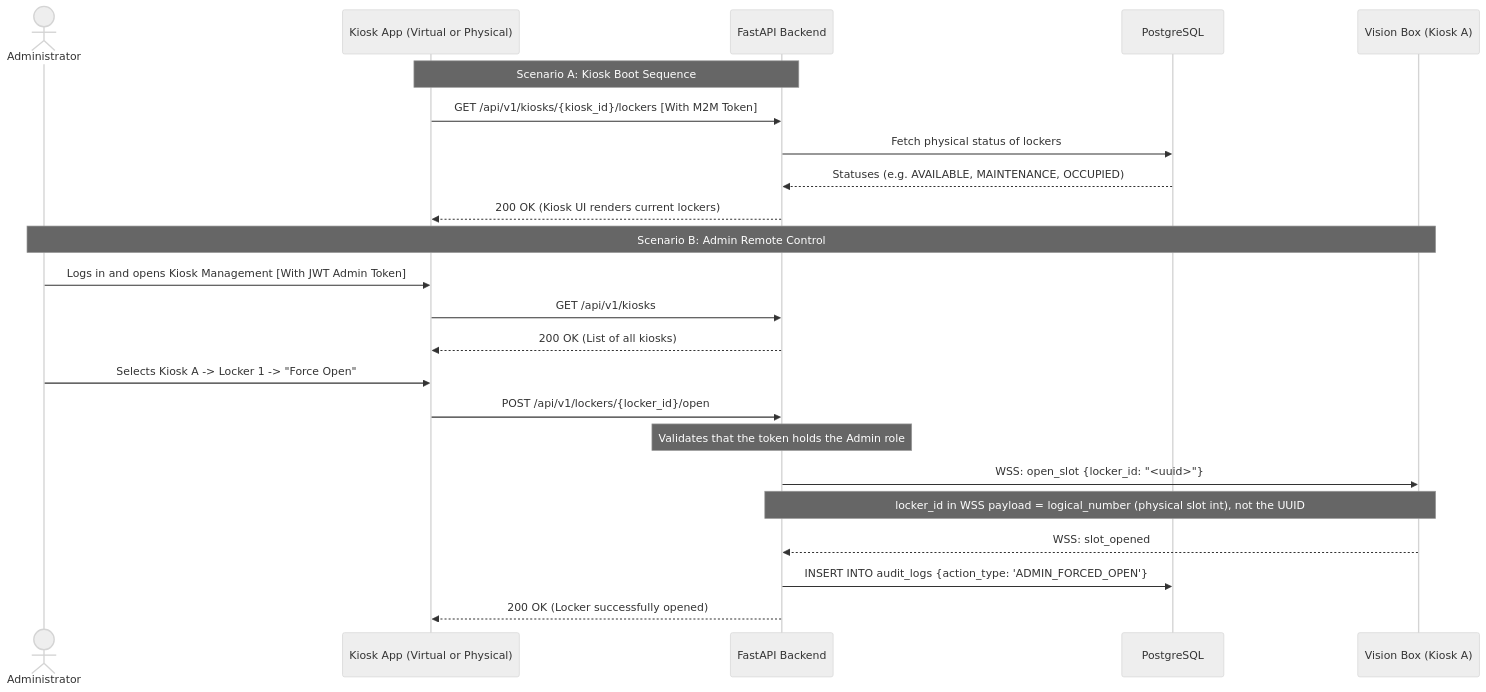
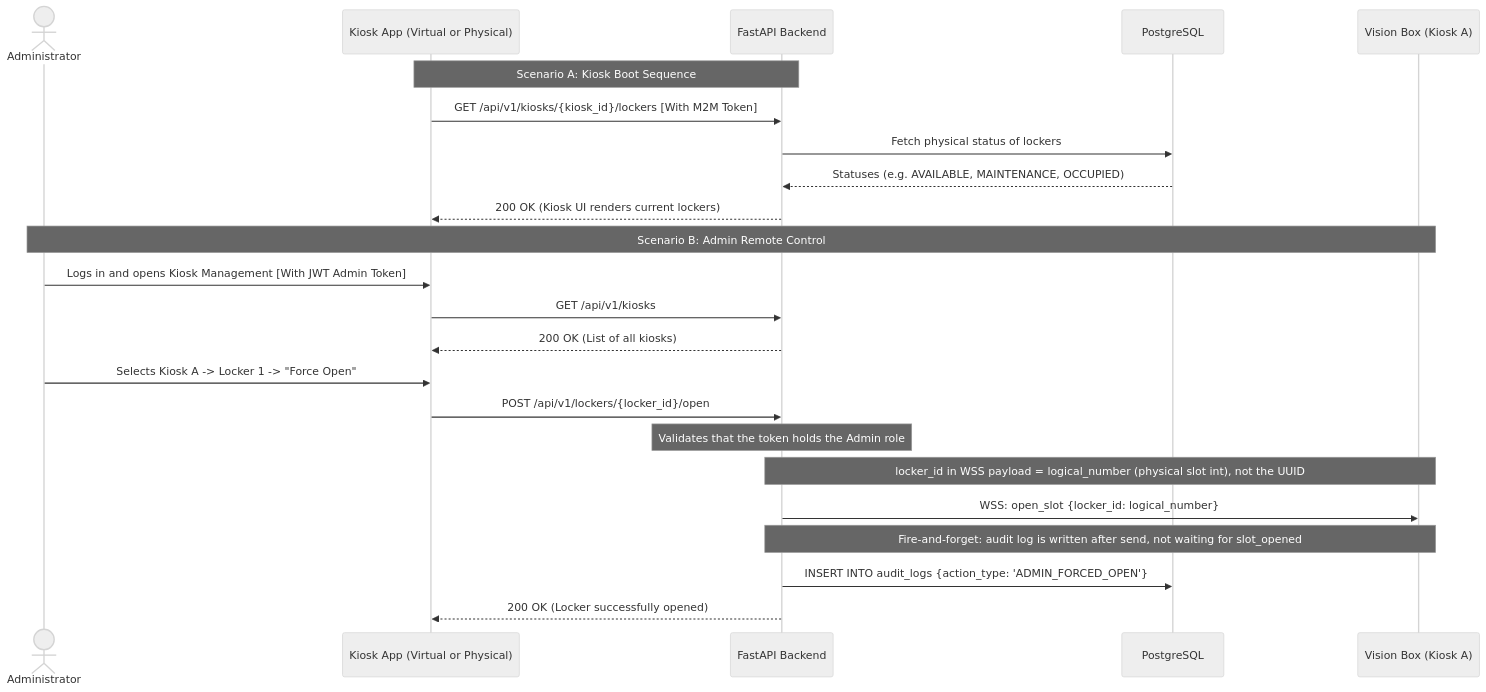
Before and after one commit to easylend-practice-enterprise/easylend: the diagram in docs/diagrams/sequence_admin_sync.mmd, drawn with Mermaid (neutral theme). The commit also changed 1 other file, not shown here.

Commit message:
docs: align sequence diagrams with actual code behavior (resolve O-A, O-B, O-C)

```diff
--- a/docs/diagrams/sequence_admin_sync.mmd
+++ b/docs/diagrams/sequence_admin_sync.mmd
@@ -1,26 +1,26 @@
 sequenceDiagram
     actor Admin as Administrator
     participant App as Kiosk App (Virtual or Physical)
     participant API as FastAPI Backend
     participant DB as PostgreSQL
     participant VB as Vision Box (Kiosk A)
 
     Note over App,API: Scenario A: Kiosk Boot Sequence
     App->>API: GET /api/v1/kiosks/{kiosk_id}/lockers [With M2M Token]
     API->>DB: Fetch physical status of lockers
     DB-->>API: Statuses (e.g. AVAILABLE, MAINTENANCE, OCCUPIED)
     API-->>App: 200 OK (Kiosk UI renders current lockers)
 
     Note over Admin,VB: Scenario B: Admin Remote Control
     Admin->>App: Logs in and opens Kiosk Management [With JWT Admin Token]
     App->>API: GET /api/v1/kiosks
     API-->>App: 200 OK (List of all kiosks)
 
     Admin->>App: Selects Kiosk A -> Locker 1 -> "Force Open"
     App->>API: POST /api/v1/lockers/{locker_id}/open
     Note over API: Validates that the token holds the Admin role
-    API->>VB: WSS: open_slot {locker_id: "<uuid>"}
     Note over API,VB: locker_id in WSS payload = logical_number (physical slot int), not the UUID
-    VB-->>API: WSS: slot_opened
+    API->>VB: WSS: open_slot {locker_id: logical_number}
+    Note over API,VB: Fire-and-forget: audit log is written after send, not waiting for slot_opened
     API->>DB: INSERT INTO audit_logs {action_type: 'ADMIN_FORCED_OPEN'}
     API-->>App: 200 OK (Locker successfully opened)
```
